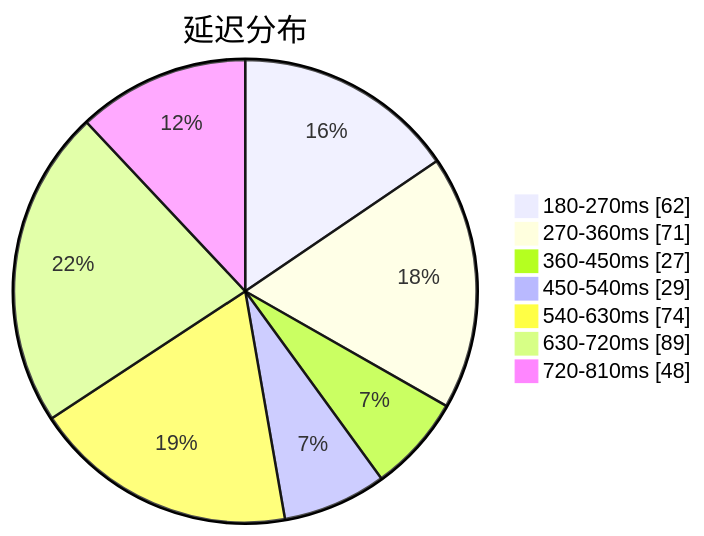
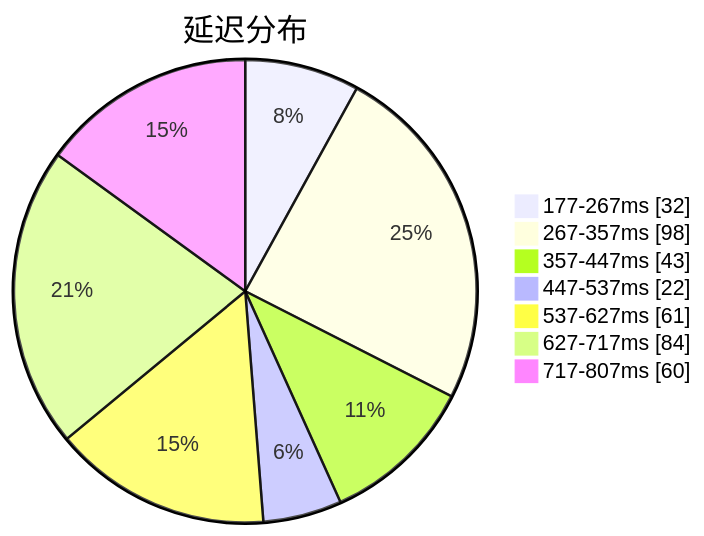
Before and after one commit to qjlxg/airport: the first of 3 diagrams in subs/statistics/tested_within.md, drawn with Mermaid. The commit also changed other lines of this file and 2 other files, not shown here.

````diff
--- a/subs/statistics/tested_within.md
+++ b/subs/statistics/tested_within.md
@@ -2,11 +2,11 @@
 ```mermaid
 pie showData
 title 延迟分布
-"180-270ms" : 62
-"270-360ms" : 71
-"360-450ms" : 27
-"450-540ms" : 29
-"540-630ms" : 74
-"630-720ms" : 89
-"720-810ms" : 48
+"177-267ms" : 32
+"267-357ms" : 98
+"357-447ms" : 43
+"447-537ms" : 22
+"537-627ms" : 61
+"627-717ms" : 84
+"717-807ms" : 60
 ```
````
